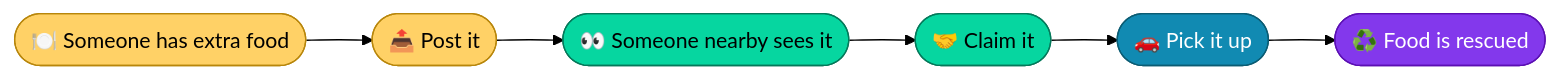
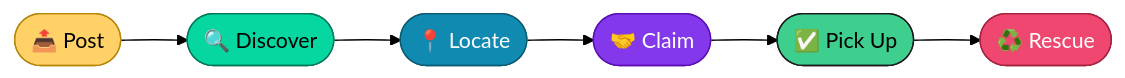
Before and after one commit to still-trying/food-rescue: the ninth of 10 diagrams in README.md, drawn with Mermaid (forest theme). The commit also changed other lines of this file, not shown here.

````diff
--- a/README.md
+++ b/README.md
@@ -697,15 +835,15 @@
 ```mermaid
 flowchart LR
-    A(["🍽️ Someone has extra food"]) --> B(["📤 Post it"])
-    B --> C(["👀 Someone nearby sees it"])
-    C --> D(["🤝 Claim it"])
-    D --> E(["🚗 Pick it up"])
-    E --> F(["♻️ Food is rescued"])
+    A(["📤 Post"]) --> B(["🔍 Discover"])
+    B --> C(["📍 Locate"])
+    C --> D(["🤝 Claim"])
+    D --> E(["✅ Pick Up"])
+    E --> F(["♻️ Rescue"])
 
     style A fill:#FFD166,stroke:#b8860b,color:#000000
-    style B fill:#FFD166,stroke:#b8860b,color:#000000
-    style C fill:#06D6A0,stroke:#04795a,color:#000000
-    style D fill:#06D6A0,stroke:#04795a,color:#000000
-    style E fill:#118AB2,stroke:#0b5c73,color:#ffffff
-    style F fill:#8338EC,stroke:#5b0fb3,color:#ffffff
+    style B fill:#06D6A0,stroke:#04795a,color:#000000
+    style C fill:#118AB2,stroke:#0b5c73,color:#ffffff
+    style D fill:#8338EC,stroke:#5b0fb3,color:#ffffff
+    style E fill:#3ECF8E,stroke:#1a1a1a,color:#000000
+    style F fill:#EF476F,stroke:#a3223f,color:#ffffff
 ```
````
